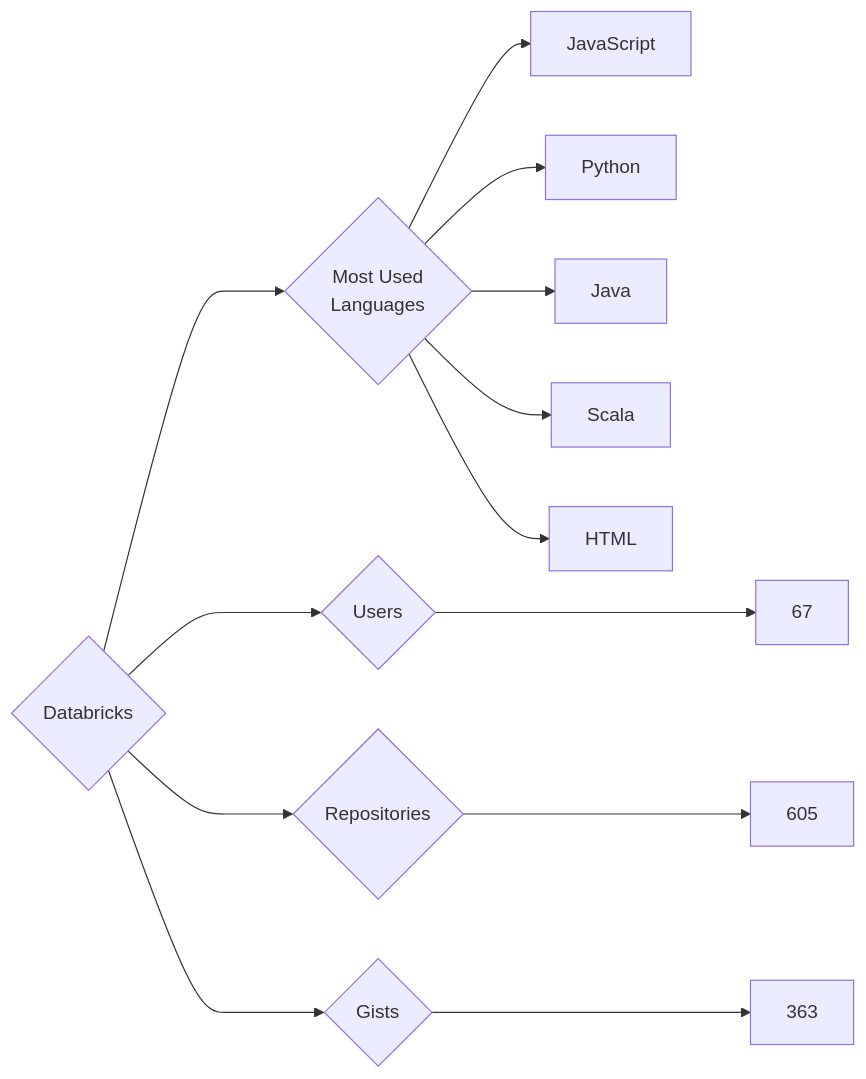
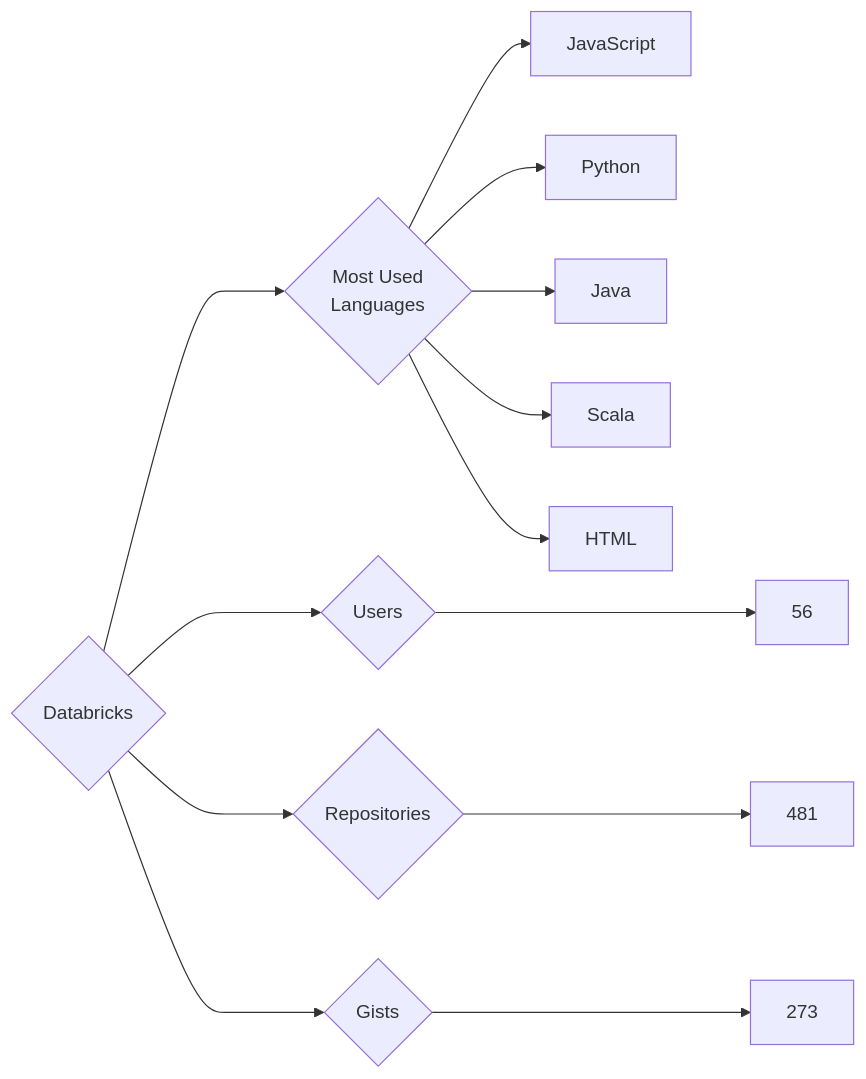
One commit to trickest/insiders changed the diagram in targets/Databricks/README.md. Above: the diagram before and after it, drawn with Mermaid. The commit also changed 939 other files, not shown here.

````diff
--- a/targets/Databricks/README.md
+++ b/targets/Databricks/README.md
@@ -3,13 +3,13 @@
 ```mermaid
 graph LR
 COMPANY_NAME{Databricks}
-COMPANY_NAME ---> U{Users} ---> UN[67]
-COMPANY_NAME ---> R{Repositories} ---> RN[605]
-COMPANY_NAME ---> G{Gists} ---> GN[363]
+COMPANY_NAME ---> U{Users} ---> UN[56]
+COMPANY_NAME ---> R{Repositories} ---> RN[481]
+COMPANY_NAME ---> G{Gists} ---> GN[273]
 COMPANY_NAME ---> ML{Most Used<br>Languages}
 ML --> JavaScript[JavaScript]
 ML --> Python[Python]
 ML --> Java[Java]
 ML --> Scala[Scala]
 ML --> HTML[HTML]
 ```
````
